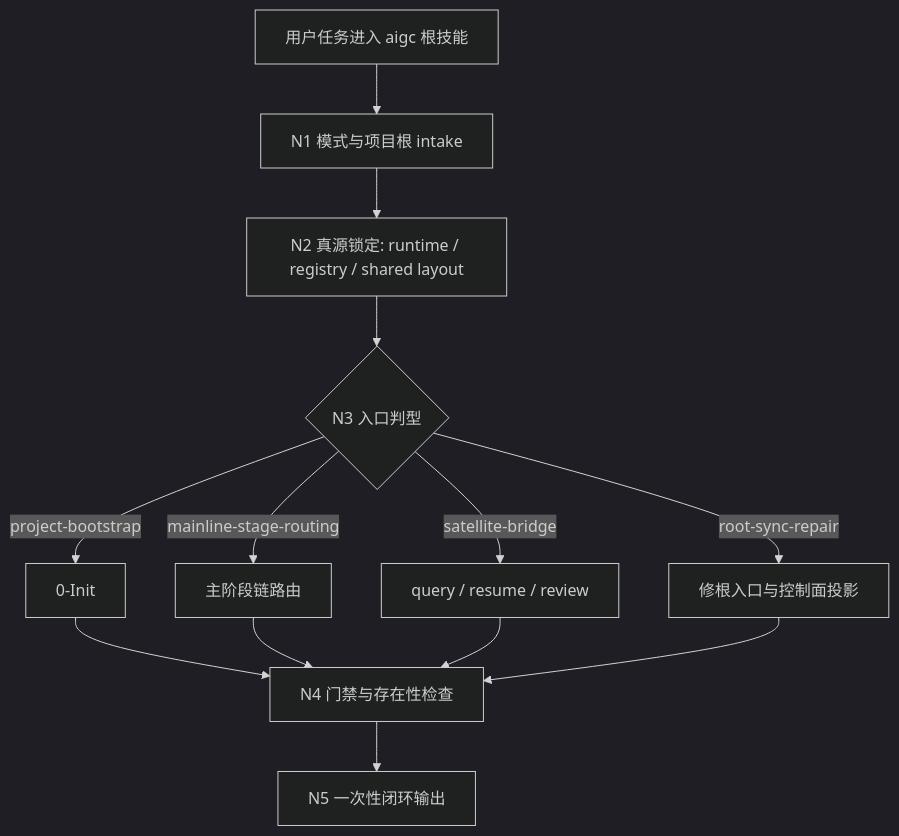
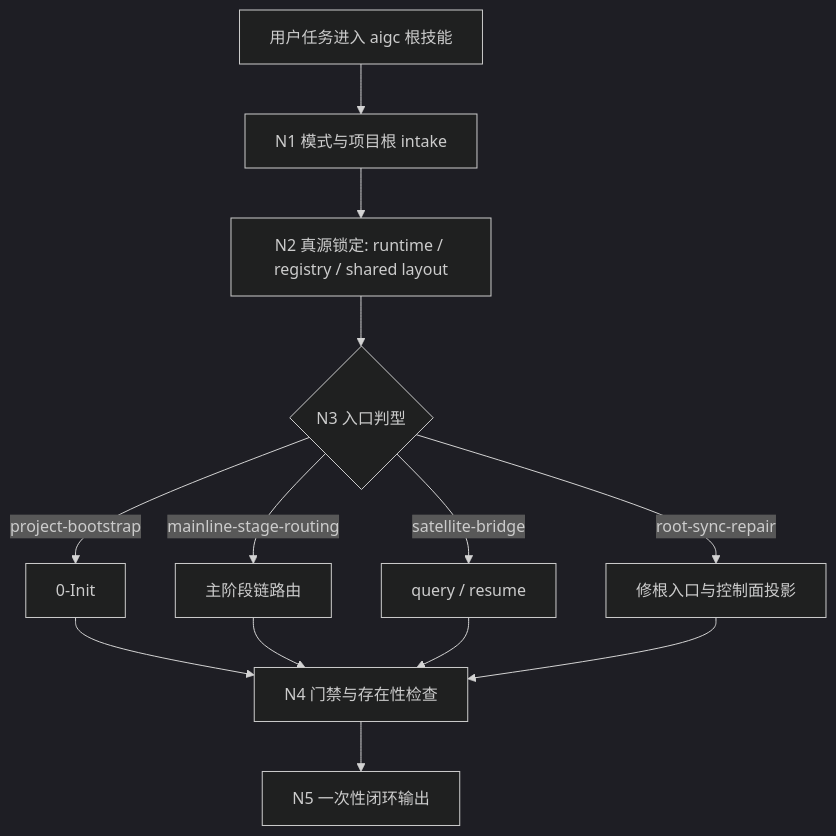
The first of 4 diagrams in .agents/skills/aigc/SKILL.md (ZEN-VOID/AI-CUT), drawn with Mermaid (dark theme) before and after one commit. The commit also changed other lines of this file and 281 other files, not shown here.

````diff
--- a/.agents/skills/aigc/SKILL.md
+++ b/.agents/skills/aigc/SKILL.md
@@ -86,15 +86,15 @@
 ```mermaid
 flowchart TD
     A["用户任务进入 aigc 根技能"] --> B["N1 模式与项目根 intake"]
     B --> C["N2 真源锁定: runtime / registry / shared layout"]
     C --> D{"N3 入口判型"}
     D -->|"project-bootstrap"| E["0-Init"]
     D -->|"mainline-stage-routing"| F["主阶段链路由"]
-    D -->|"satellite-bridge"| G["query / resume / review"]
+    D -->|"satellite-bridge"| G["query / resume"]
     D -->|"root-sync-repair"| H["修根入口与控制面投影"]
     E --> I["N4 门禁与存在性检查"]
     F --> I
     G --> I
     H --> I
     I --> J["N5 一次性闭环输出"]
 ```
````
